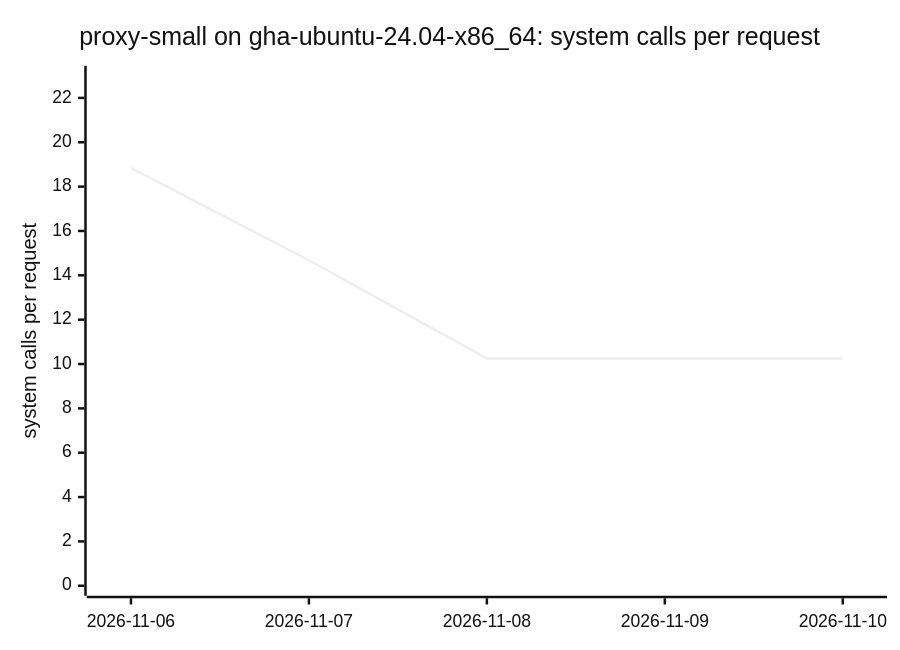
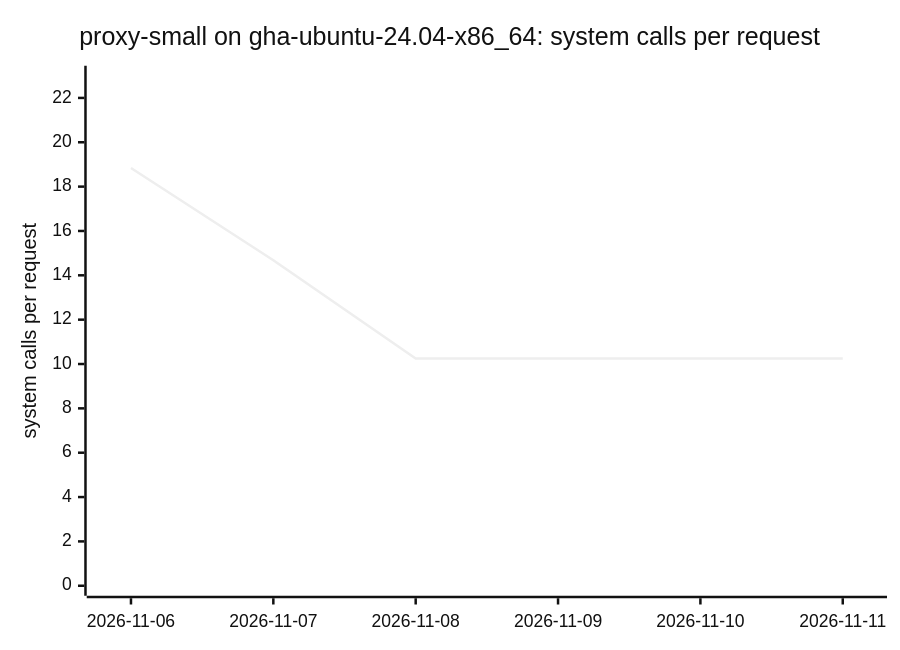
Before and after one commit to ThePixelPilgrim/durchlauferhitzer: diagram 13 of 18 in BENCHMARKS.md, drawn with Mermaid (neutral theme). The commit also changed other lines of this file and 1 other file, not shown here.

````diff
--- a/BENCHMARKS.md
+++ b/BENCHMARKS.md
@@ -148,7 +148,7 @@
 ```mermaid
 xychart-beta
   title "proxy-small on gha-ubuntu-24.04-x86_64: system calls per request"
-  x-axis ["2026-11-06", "2026-11-07", "2026-11-08", "2026-11-09", "2026-11-10"]
+  x-axis ["2026-11-06", "2026-11-07", "2026-11-08", "2026-11-09", "2026-11-10", "2026-11-11"]
   y-axis "system calls per request" 0 --> 23
-  line [18.84, 14.68, 10.25, 10.25, 10.25]
+  line [18.84, 14.68, 10.25, 10.25, 10.25, 10.25]
 ```
````
